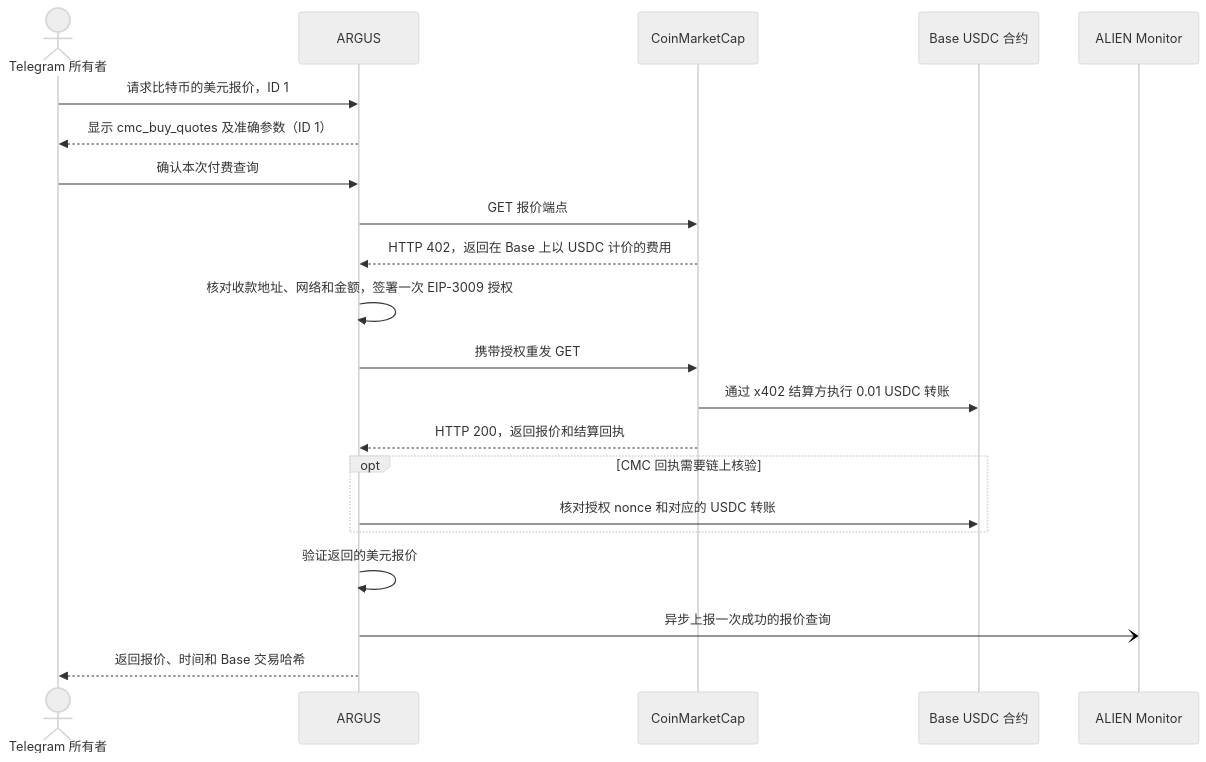
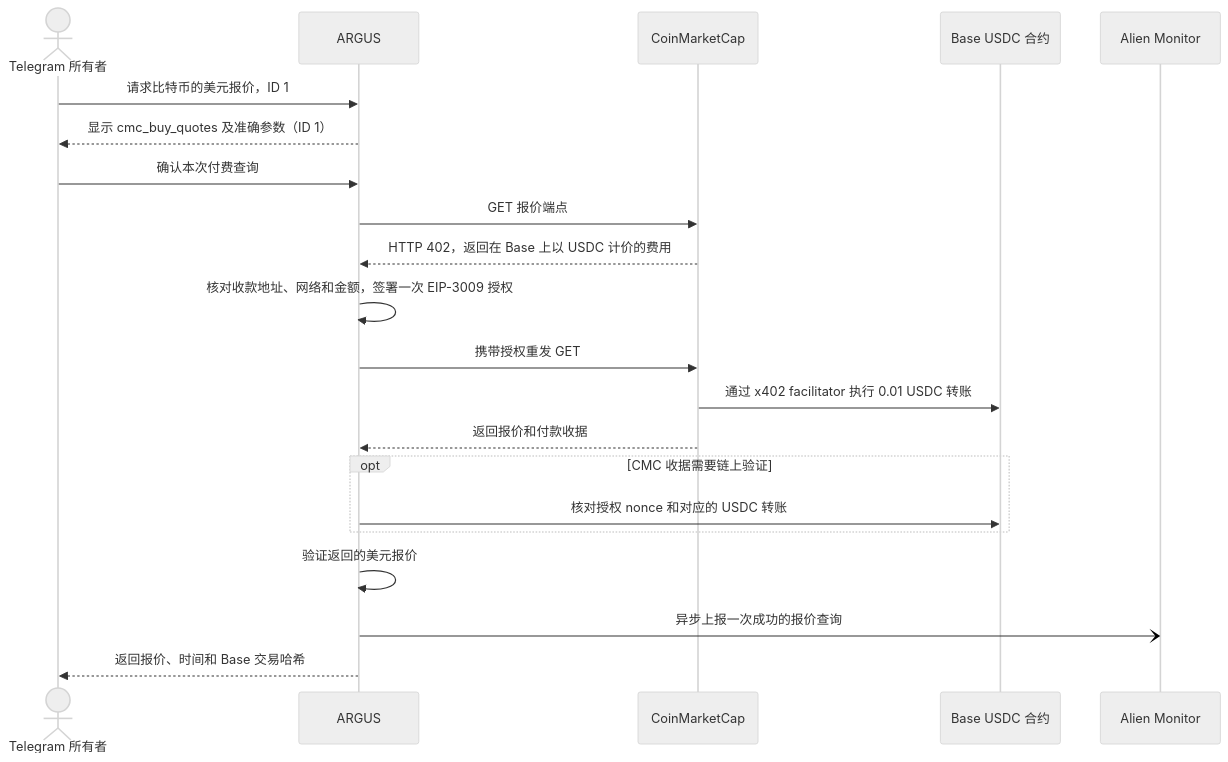
The diagram in docs/use-case-cmc-telegram-zh.md (alexar76/argus), drawn with Mermaid (neutral theme) before and after one commit. The commit also changed other lines of this file and 19 other files, not shown here.

````diff
--- a/docs/use-case-cmc-telegram-zh.md
+++ b/docs/use-case-cmc-telegram-zh.md
@@ -9,23 +9,23 @@
 ```mermaid
 sequenceDiagram
     actor O as Telegram 所有者
     participant A as ARGUS
     participant C as CoinMarketCap
     participant B as Base USDC 合约
-    participant M as ALIEN Monitor
+    participant M as Alien Monitor
     O->>A: 请求比特币的美元报价，ID 1
     A-->>O: 显示 cmc_buy_quotes 及准确参数（ID 1）
     O->>A: 确认本次付费查询
     A->>C: GET 报价端点
     C-->>A: HTTP 402，返回在 Base 上以 USDC 计价的费用
     A->>A: 核对收款地址、网络和金额，签署一次 EIP-3009 授权
     A->>C: 携带授权重发 GET
-    C->>B: 通过 x402 结算方执行 0.01 USDC 转账
-    C-->>A: HTTP 200，返回报价和结算回执
-    opt CMC 回执需要链上核验
+    C->>B: 通过 x402 facilitator 执行 0.01 USDC 转账
+    C-->>A: 返回报价和付款收据
+    opt CMC 收据需要链上验证
         A->>B: 核对授权 nonce 和对应的 USDC 转账
     end
     A->>A: 验证返回的美元报价
     A-)M: 异步上报一次成功的报价查询
     A-->>O: 返回报价、时间和 Base 交易哈希
 ```
````
